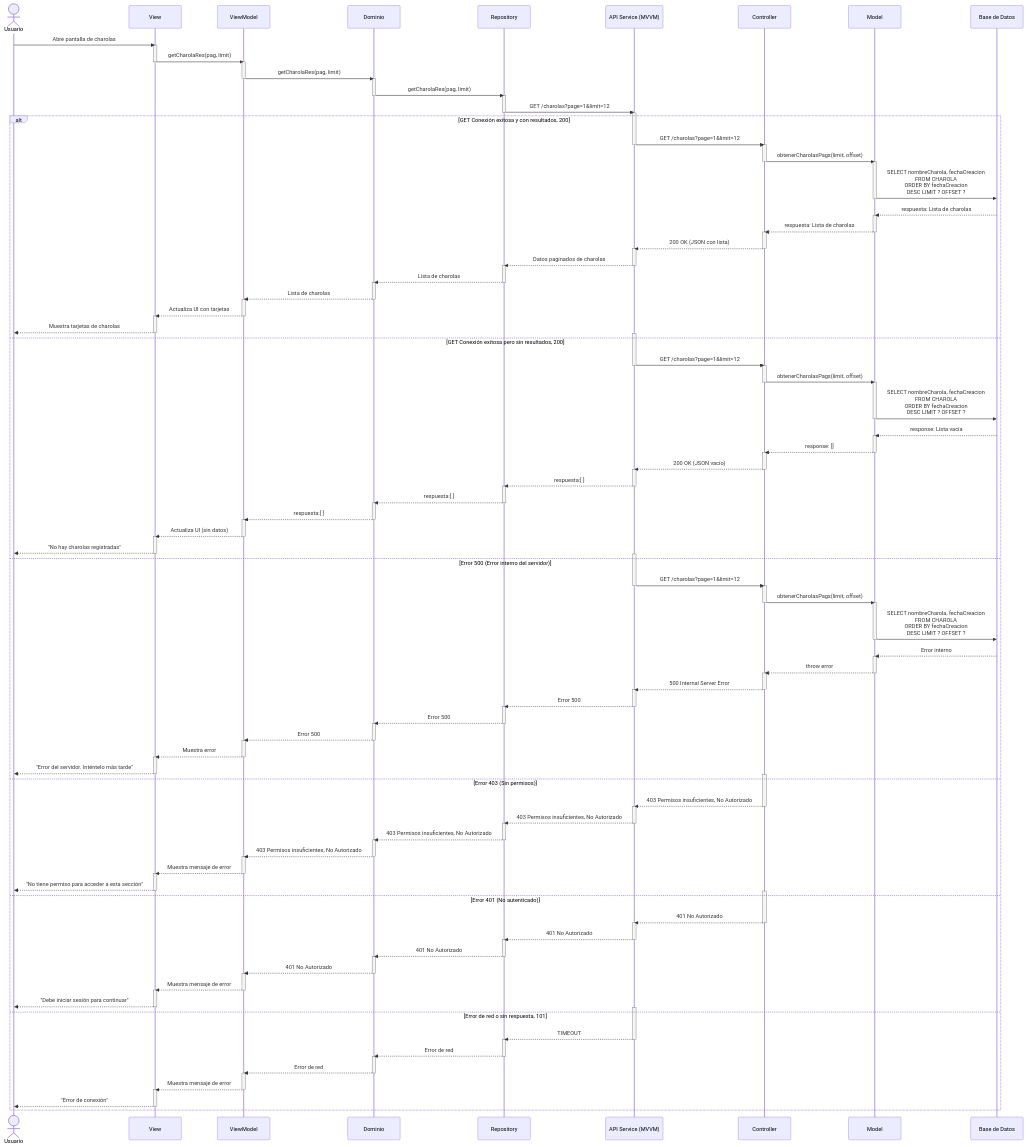
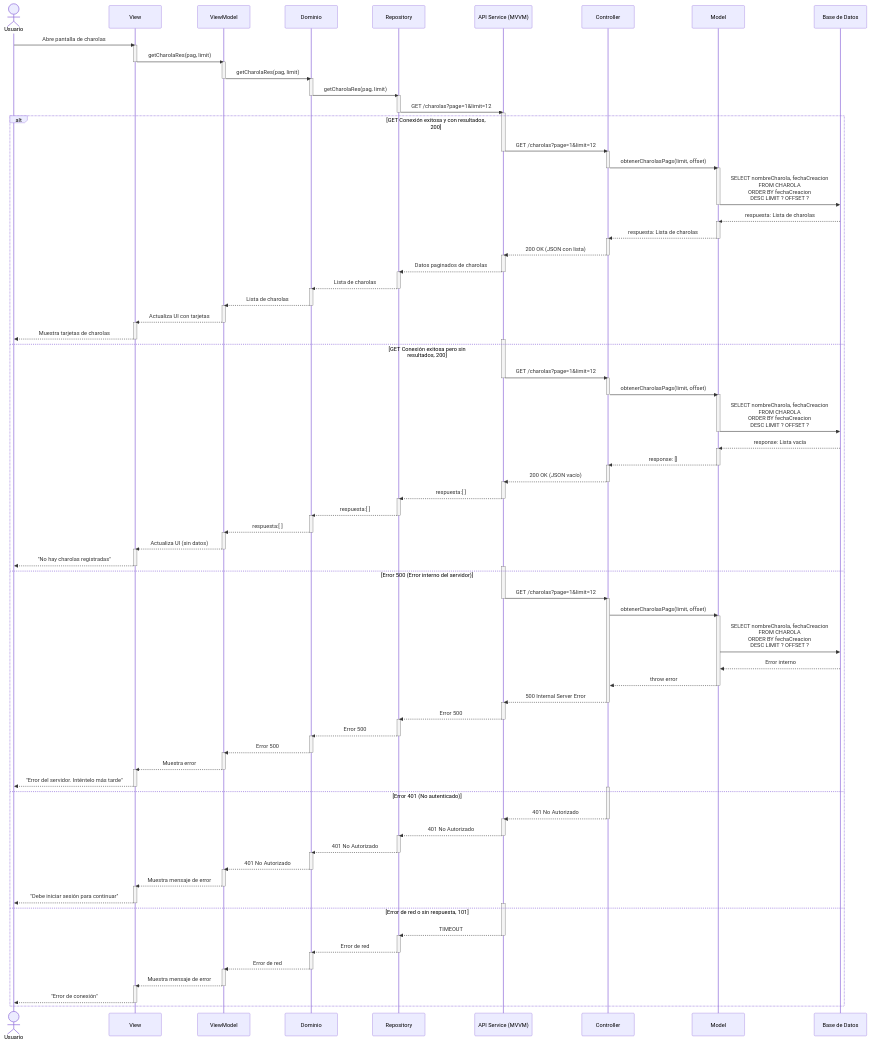
The diagram in documentation/docs/proyectos/larvas/documentacion/requisitos/RF16.md (CodeAnd-Co/Documentacion), drawn with Mermaid before and after one commit. The commit also changed other lines of this file, not shown here.

Commit message:
Modificar diagrama de secuencia

```diff
--- a/documentation/docs/proyectos/larvas/documentacion/requisitos/RF16.md
+++ b/documentation/docs/proyectos/larvas/documentacion/requisitos/RF16.md
@@ -145,18 +145,16 @@
 
         activate Controller
         Controller->>Model: obtenerCharolasPags(limit, offset)
-        deactivate Controller
+        
 
         activate Model
         Model->>Database: SELECT nombreCharola, fechaCreacion <br>FROM CHAROLA <br>ORDER BY fechaCreacion <br>DESC LIMIT ? OFFSET ?
-        deactivate Model
 
         Database-->>Model: Error interno
-        activate Model
+        
         Model-->>Controller: throw error
         deactivate Model
 
-        activate Controller
         Controller-->>APIService: 500 Internal Server Error
         deactivate Controller
 
@@ -178,32 +176,6 @@
 
         activate View
         View-->>Usuario: "Error del servidor. Inténtelo más tarde"
-        deactivate View
-
-        activate Controller
-
-    else Error 403 (Sin permisos)
-        Controller-->>APIService: 403 Permisos insuficientes, No Autorizado
-        deactivate Controller
-
-        activate APIService
-        APIService-->>Repository: 403 Permisos insuficientes, No Autorizado
-        deactivate APIService
-
-        activate Repository
-        Repository-->>Domain: 403 Permisos insuficientes, No Autorizado
-        deactivate Repository
-
-        activate Domain
-        Domain-->>ViewModel: 403 Permisos insuficientes, No Autorizado
-        deactivate Domain
-
-        activate ViewModel
-        ViewModel-->>View: Muestra mensaje de error
-        deactivate ViewModel
-
-        activate View
-        View-->>Usuario: "No tiene permiso para acceder a esta sección"
         deactivate View
 
         activate Controller
```
